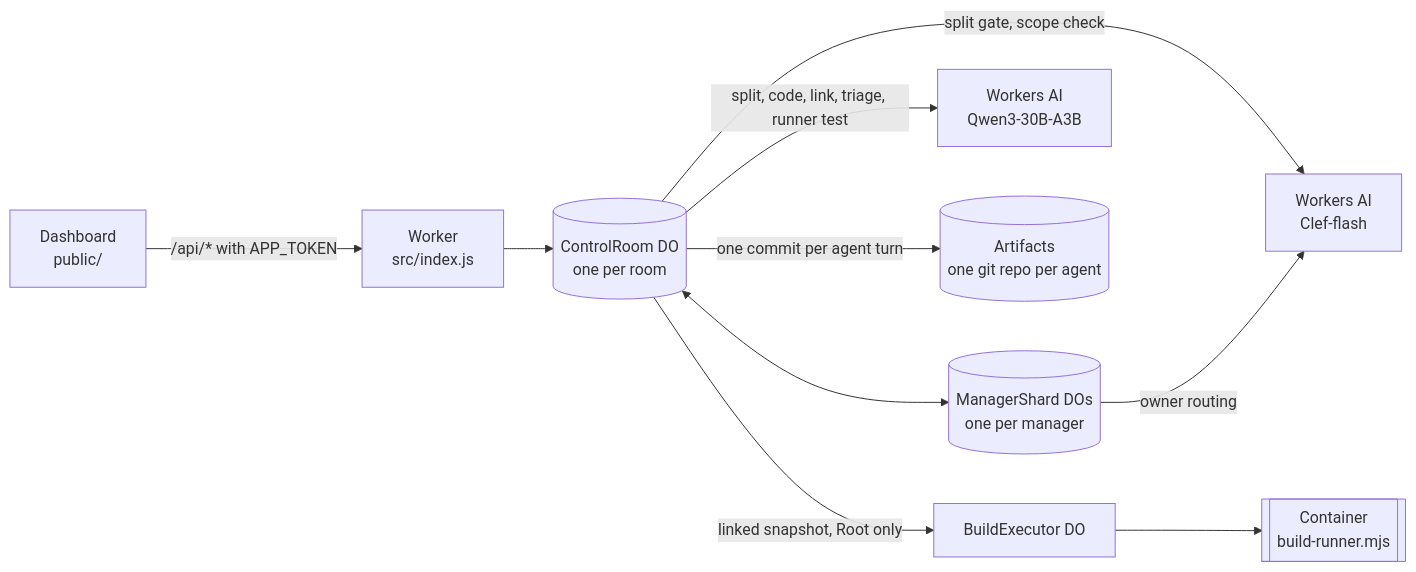
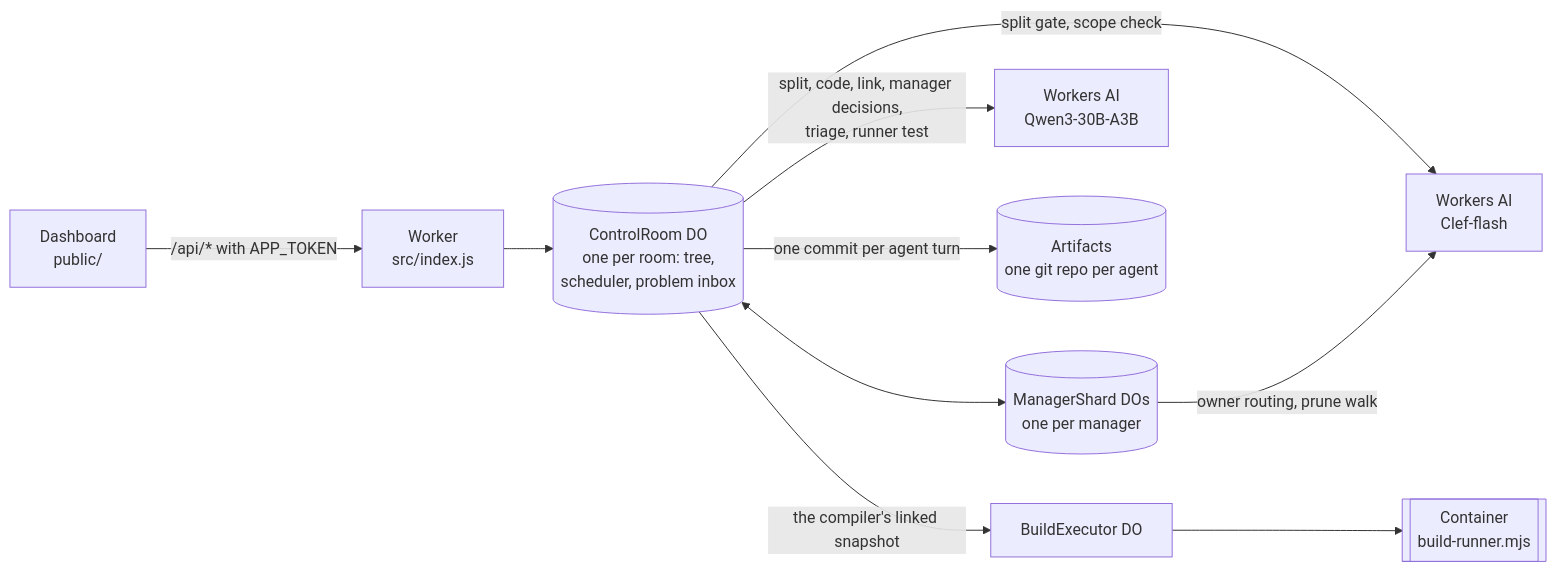
Before and after one commit to tyrtop-ai/cloudflare-comp: the first of 2 diagrams in README.md, drawn with Mermaid. The commit also changed other lines of this file and 6 other files, not shown here.

````diff
--- a/README.md
+++ b/README.md
@@ -34,12 +84,12 @@
 ```mermaid
 flowchart LR
   browser["Dashboard<br/>public/"] -->|"/api/* with APP_TOKEN"| worker["Worker<br/>src/index.js"]
-  worker --> room[("ControlRoom DO<br/>one per room")]
+  worker --> room[("ControlRoom DO<br/>one per room: tree,<br/>scheduler, problem inbox")]
   room <--> shard[("ManagerShard DOs<br/>one per manager")]
-  room -->|"split, code, link, triage, runner test"| qwen["Workers AI<br/>Qwen3-30B-A3B"]
+  room -->|"split, code, link, manager decisions,<br/>triage, runner test"| qwen["Workers AI<br/>Qwen3-30B-A3B"]
   room -->|"split gate, scope check"| clef["Workers AI<br/>Clef-flash"]
-  shard -->|"owner routing"| clef
+  shard -->|"owner routing, prune walk"| clef
   room -->|"one commit per agent turn"| artifacts[("Artifacts<br/>one git repo per agent")]
-  room -->|"linked snapshot, Root only"| exec["BuildExecutor DO"]
+  room -->|"the compiler's linked snapshot"| exec["BuildExecutor DO"]
   exec --> container[["Container<br/>build-runner.mjs"]]
 ```
````
